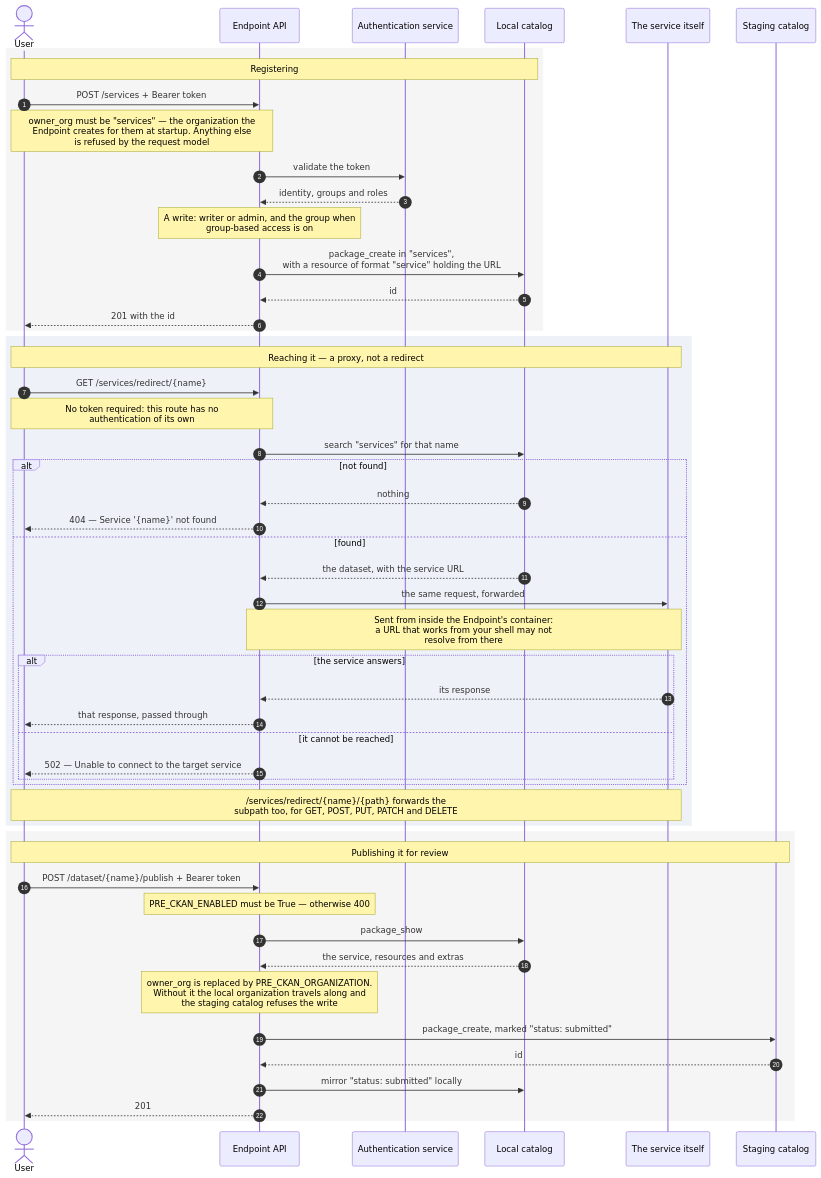
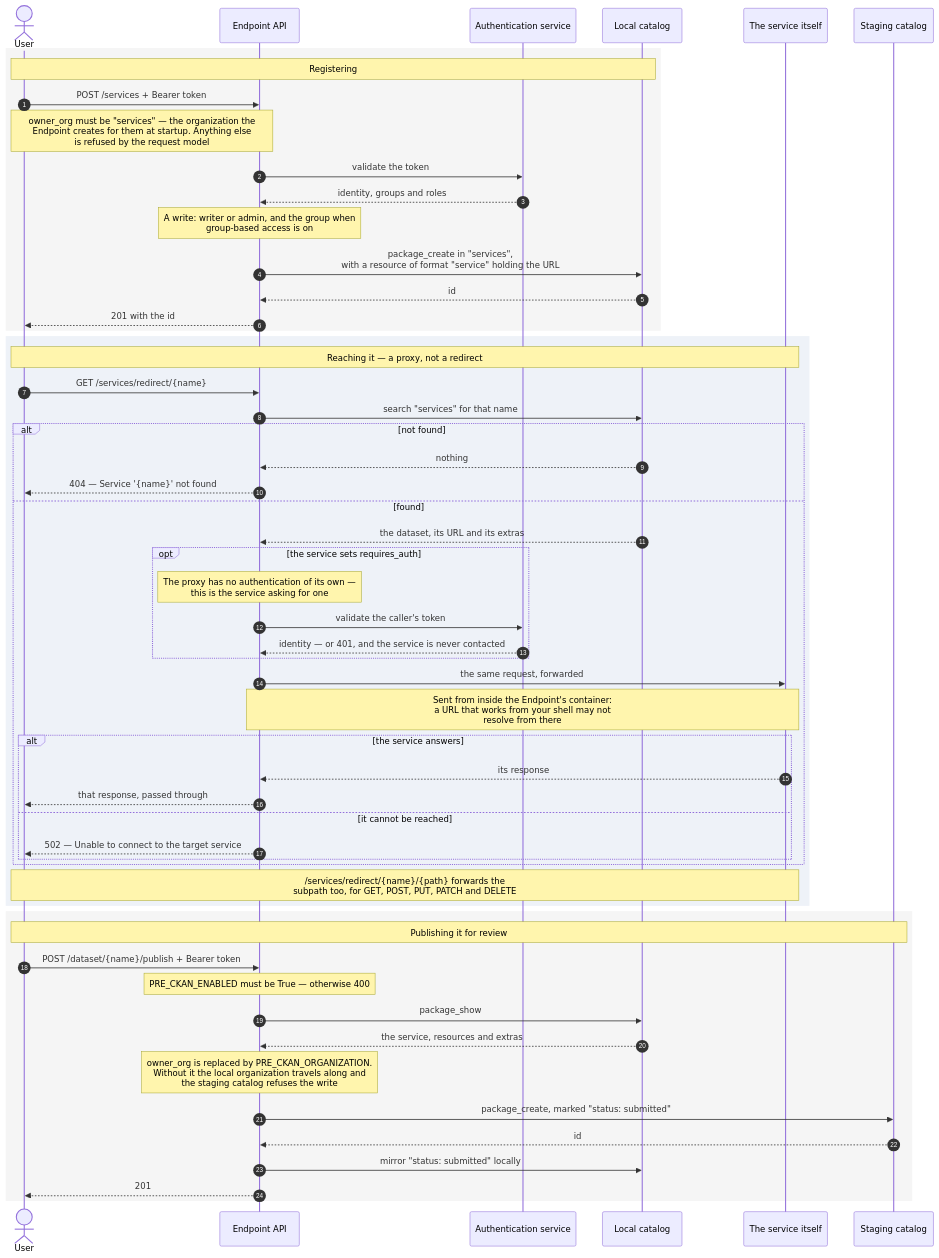
Before and after one commit to national-data-platform/ep-api: the diagram in docs/sequence-diagrams/registering-and-using-a-service.md, drawn with Mermaid. The commit also changed other lines of this file and 6 other files, not shown here.

First line of the commit message:
feat(services): let a service require its callers to be authenticated

````diff
--- a/docs/sequence-diagrams/registering-and-using-a-service.md
+++ b/docs/sequence-diagrams/registering-and-using-a-service.md
@@ -13,57 +13,61 @@
 ```mermaid
 sequenceDiagram
     autonumber
     actor User
     participant EP as Endpoint API
     participant AAI as Authentication service
     participant Local as Local catalog
     participant Svc as The service itself
     participant Pre as Staging catalog
 
     rect rgb(245, 245, 245)
     Note over User,Local: Registering
     User->>EP: POST /services + Bearer token
     Note over User,EP: owner_org must be "services" — the organization the<br/>Endpoint creates for them at startup. Anything else<br/>is refused by the request model
     EP->>AAI: validate the token
     AAI-->>EP: identity, groups and roles
     Note over EP: A write: writer or admin, and the group when<br/>group-based access is on
     EP->>Local: package_create in "services",<br/>with a resource of format "service" holding the URL
     Local-->>EP: id
     EP-->>User: 201 with the id
     end
 
     rect rgb(238, 242, 248)
     Note over User,Svc: Reaching it — a proxy, not a redirect
     User->>EP: GET /services/redirect/{name}
-    Note over User,EP: No token required: this route has no<br/>authentication of its own
     EP->>Local: search "services" for that name
     alt not found
         Local-->>EP: nothing
         EP-->>User: 404 — Service '{name}' not found
     else found
-        Local-->>EP: the dataset, with the service URL
+        Local-->>EP: the dataset, its URL and its extras
+        opt the service sets requires_auth
+            Note over EP: The proxy has no authentication of its own —<br/>this is the service asking for one
+            EP->>AAI: validate the caller's token
+            AAI-->>EP: identity — or 401, and the service is never contacted
+        end
         EP->>Svc: the same request, forwarded
         Note over EP,Svc: Sent from inside the Endpoint's container:<br/>a URL that works from your shell may not<br/>resolve from there
         alt the service answers
             Svc-->>EP: its response
             EP-->>User: that response, passed through
         else it cannot be reached
             EP-->>User: 502 — Unable to connect to the target service
         end
     end
     Note over User,Svc: /services/redirect/{name}/{path} forwards the<br/>subpath too, for GET, POST, PUT, PATCH and DELETE
     end
 
     rect rgb(245, 245, 245)
     Note over User,Pre: Publishing it for review
     User->>EP: POST /dataset/{name}/publish + Bearer token
     Note over EP: PRE_CKAN_ENABLED must be True — otherwise 400
     EP->>Local: package_show
     Local-->>EP: the service, resources and extras
     Note over EP: owner_org is replaced by PRE_CKAN_ORGANIZATION.<br/>Without it the local organization travels along and<br/>the staging catalog refuses the write
     EP->>Pre: package_create, marked "status: submitted"
     Pre-->>EP: id
     EP->>Local: mirror "status: submitted" locally
     EP-->>User: 201
     end
 ```
````
